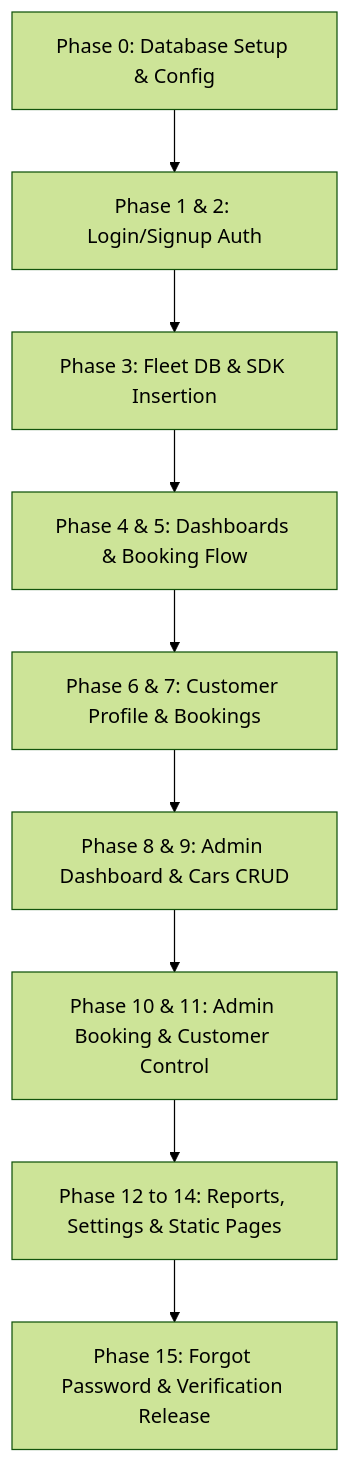
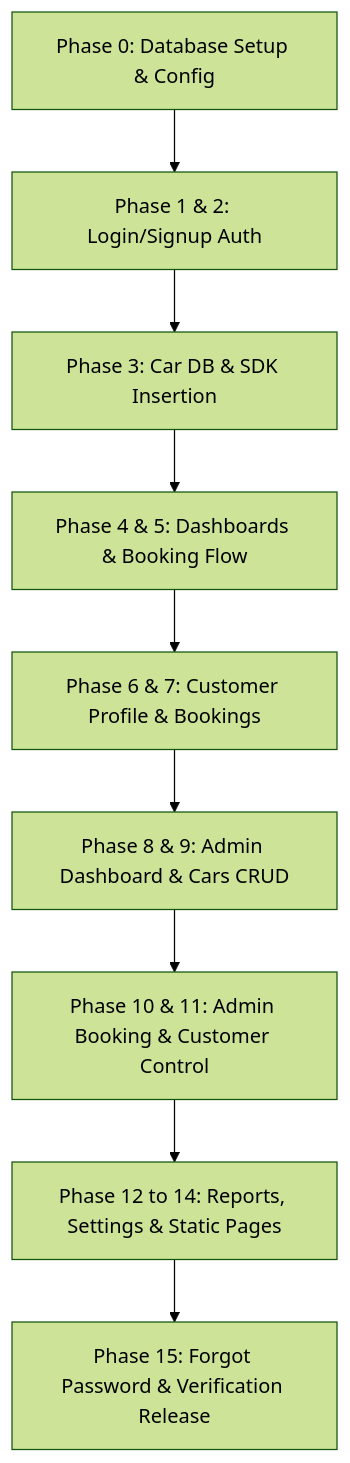
One commit to hdanial211/WeDRIVE changed the diagram in REPORT/02_Chapter2_Literature_Review.md. Above: the diagram before and after it, drawn with Mermaid (forest theme). The commit also changed other lines of this file and 18 other files, not shown here.

Commit message:
5.2.63 Complete global migration of Fleet terminology to Car across code and documentation

````diff
--- a/REPORT/02_Chapter2_Literature_Review.md
+++ b/REPORT/02_Chapter2_Literature_Review.md
@@ -70,11 +70,11 @@
 ```mermaid
 graph TD
     A[Phase 0: Database Setup & Config] --> B[Phase 1 & 2: Login/Signup Auth]
-    B --> C[Phase 3: Fleet DB & SDK Insertion]
+    B --> C[Phase 3: Car DB & SDK Insertion]
     C --> D[Phase 4 & 5: Dashboards & Booking Flow]
     D --> E[Phase 6 & 7: Customer Profile & Bookings]
     E --> F[Phase 8 & 9: Admin Dashboard & Cars CRUD]
     F --> G[Phase 10 & 11: Admin Booking & Customer Control]
     G --> H[Phase 12 to 14: Reports, Settings & Static Pages]
     H --> I[Phase 15: Forgot Password & Verification Release]
 ```
````
